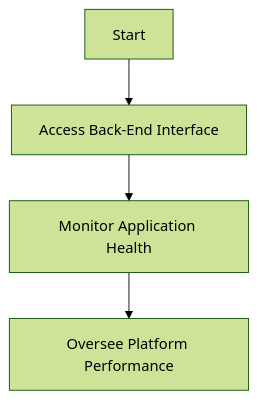
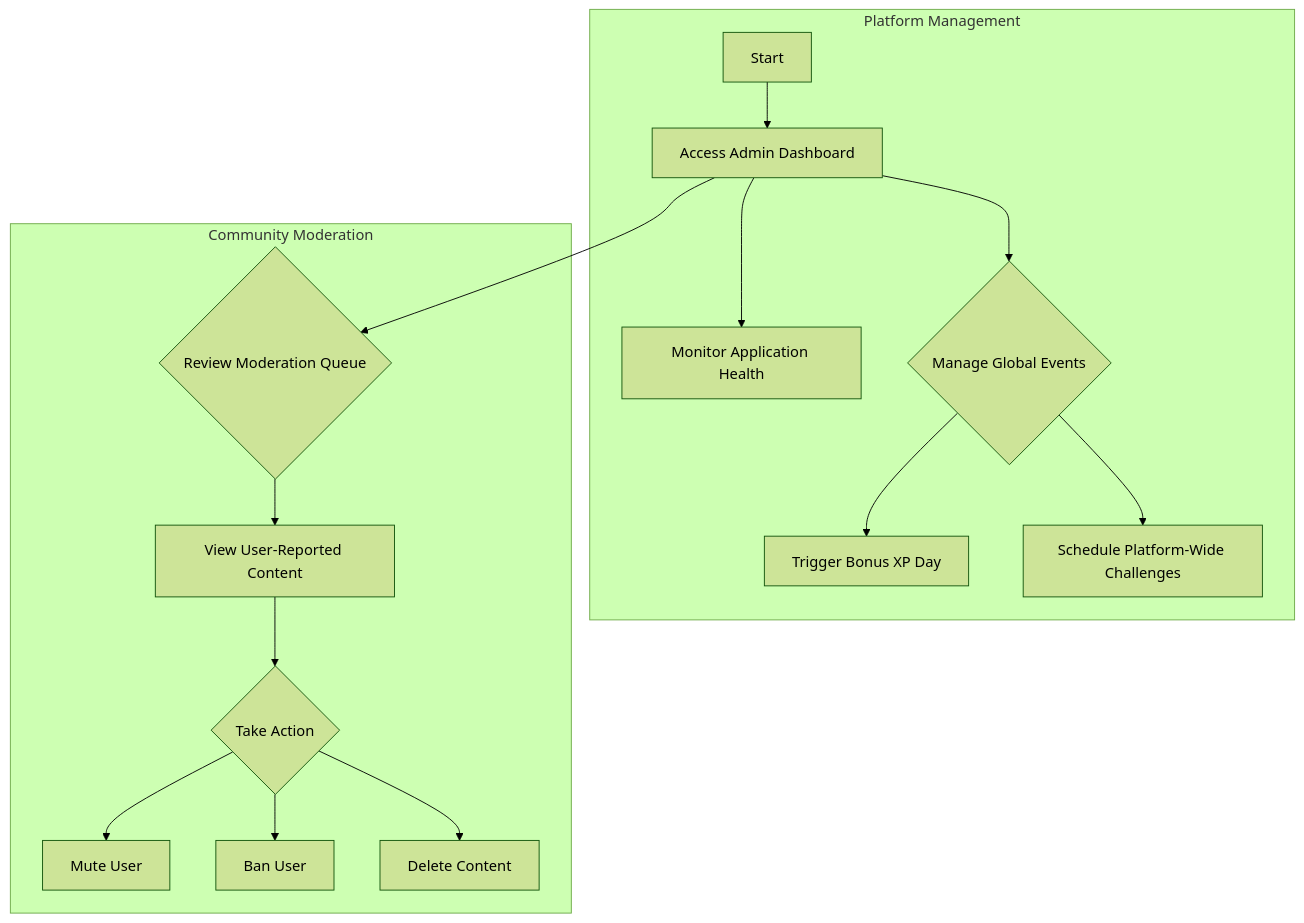
Before and after one commit to FA25SE050-RogueLearn/RogueLearn.BMAD.Documentation: the fifth of 5 diagrams in docs/prd/user-flows.md, drawn with Mermaid (forest theme). The commit also changed other lines of this file and 2 other files, not shown here.

````diff
--- a/docs/prd/user-flows.md
+++ b/docs/prd/user-flows.md
@@ -95,6 +114,19 @@
 ```mermaid
 graph TD
-    A[Start] --> B[Access Back-End Interface];
-    B --> C[Monitor Application Health];
-    C --> D[Oversee Platform Performance];
+    subgraph "Platform Management"
+        A[Start] --> B[Access Admin Dashboard];
+        B --> C[Monitor Application Health];
+        B --> D{Manage Global Events};
+        D --> E[Trigger Bonus XP Day];
+        D --> F[Schedule Platform-Wide Challenges];
+    end
+
+    subgraph "Community Moderation"
+        B --> G{Review Moderation Queue};
+        G --> H[View User-Reported Content];
+        H --> I{Take Action};
+        I --> J[Mute User];
+        I --> K[Ban User];
+        I --> L[Delete Content];
+    end
 ```
````
